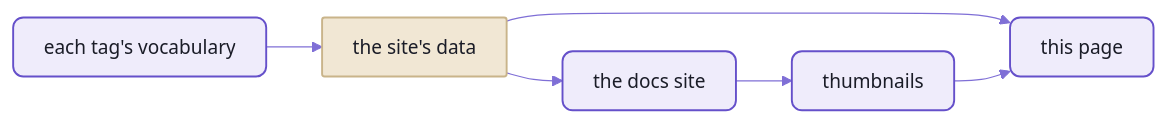
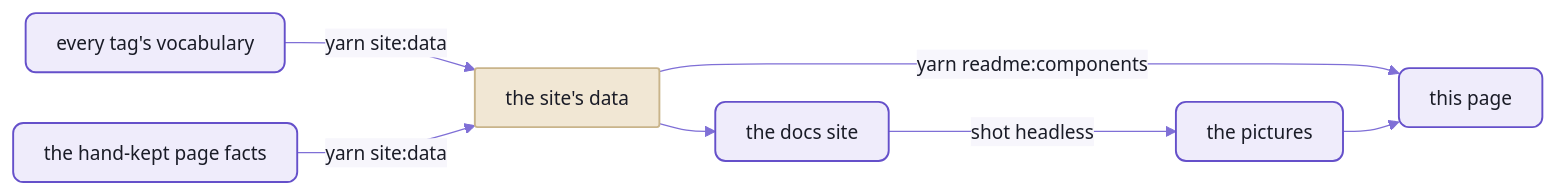
Before and after one commit to spell-app/spell: the diagram in ui/README-components.md, drawn with Mermaid. The commit also changed other lines of this file and 9 other files, not shown here.

````diff
--- a/ui/README-components.md
+++ b/ui/README-components.md
@@ -16,13 +389,14 @@
 ```mermaid
 %%{init: {"theme":"base","themeVariables":{"fontFamily":"-apple-system, BlinkMacSystemFont, Segoe UI, Helvetica, Arial, sans-serif","fontSize":"15px","primaryColor":"#EFECFB","primaryBorderColor":"#6550CA","primaryTextColor":"#1A1C27","secondaryColor":"#F4F1E9","tertiaryColor":"#F7F6FC","lineColor":"#7F6FD6","textColor":"#7F6FD6","clusterBkg":"#F7F6FC","clusterBorder":"#B9B0E8","titleColor":"#1A1C27","edgeLabelBackground":"#F7F6FC","actorBkg":"#EFECFB","actorBorder":"#6550CA","actorTextColor":"#1A1C27","actorLineColor":"#9C90DE","signalColor":"#7F6FD6","signalTextColor":"#7F6FD6","labelBoxBkgColor":"#EFECFB","labelBoxBorderColor":"#6550CA","labelTextColor":"#1A1C27","loopTextColor":"#7F6FD6","noteBkgColor":"#F1E7D4","noteBorderColor":"#C9B48A","noteTextColor":"#1A1C27","activationBkgColor":"#DCD6F7","activationBorderColor":"#6550CA","sequenceNumberColor":"#FFFFFF"},"flowchart":{"curve":"basis","padding":12,"nodeSpacing":40,"rankSpacing":44}}}%%
 flowchart LR
-  vocab["each tag's vocabulary"] --> data["the site's data"]
+  vocab["every tag's vocabulary"] -->|yarn site:data| data["the site's data"]
+  facts["the hand-kept page facts"] -->|yarn site:data| data
   data --> site["the docs site"]
-  data --> catalogue["this page"]
-  site --> pictures["thumbnails"]
+  data -->|yarn readme:components| catalogue["this page"]
+  site -->|shot headless| pictures["the pictures"]
   pictures --> catalogue
   %% the Spell look:  yarn mermaid:pretty
   classDef default fill:#EFECFB,stroke:#6550CA,stroke-width:1.5px,color:#1A1C27,rx:8px,ry:8px
   classDef data fill:#F1E7D4,stroke:#C9B48A,stroke-width:1.5px,color:#1A1C27,rx:2px,ry:2px
   class data data
 ```
````
